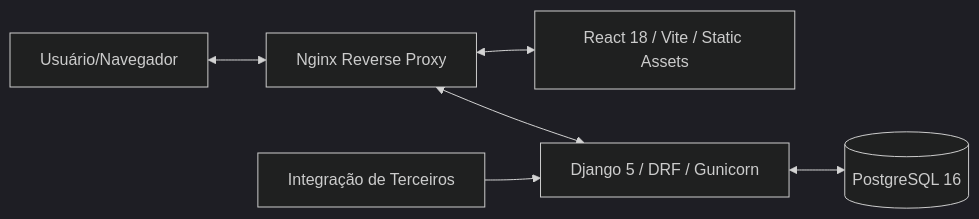
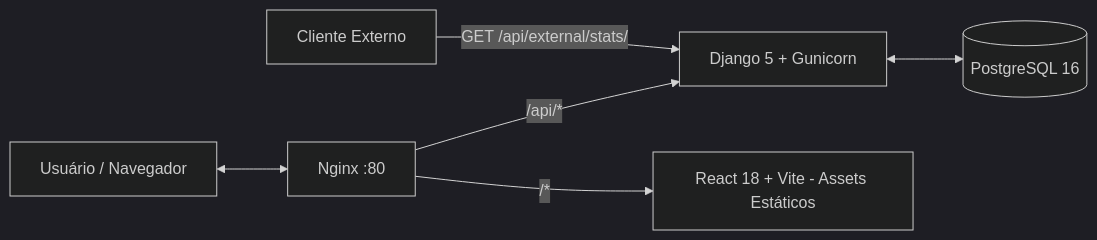
The diagram in README.md (mucadoo/todoapp), drawn with Mermaid (dark theme) before and after one commit. The commit also changed other lines of this file, not shown here.

````diff
--- a/README.md
+++ b/README.md
@@ -9,8 +57,8 @@
 ```mermaid
 graph LR
-    User[Usuário/Navegador] <--> Nginx[Nginx Reverse Proxy]
-    Nginx <--> Frontend[React 18 / Vite / Static Assets]
-    Nginx <--> Backend[Django 5 / DRF / Gunicorn]
+    User[Usuário / Navegador] <--> Nginx[Nginx :80]
+    Nginx -- /api/* --> Backend[Django 5 + Gunicorn]
+    Nginx -- /* --> Frontend[React 18 + Vite - Assets Estáticos]
     Backend <--> DB[(PostgreSQL 16)]
-    ThirdParty[Integração de Terceiros] --> Backend
+    External[Cliente Externo] -- GET /api/external/stats/ --> Backend
 ```
````
